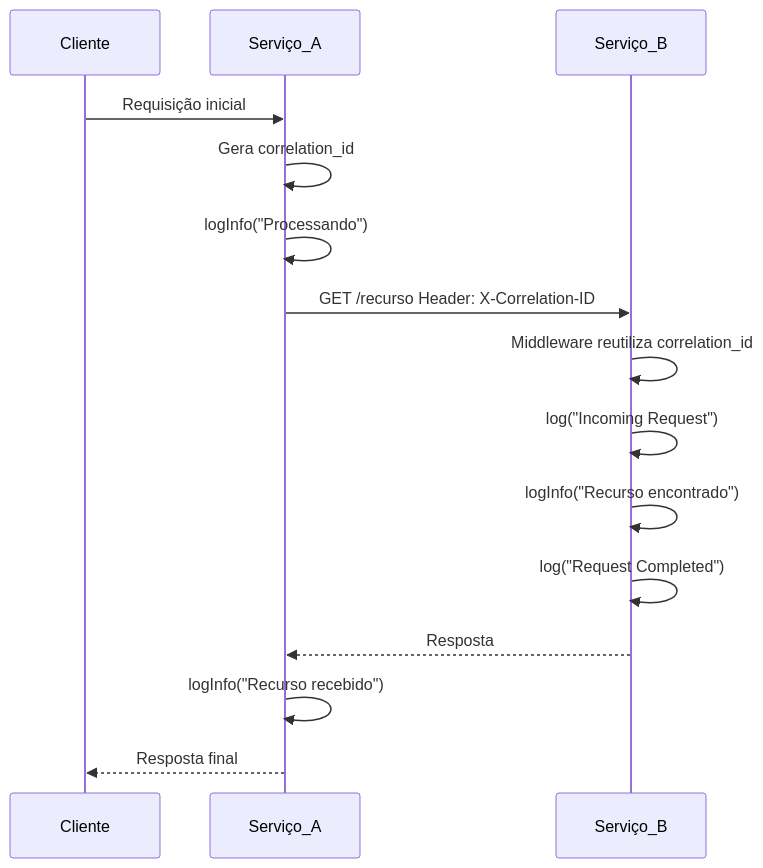
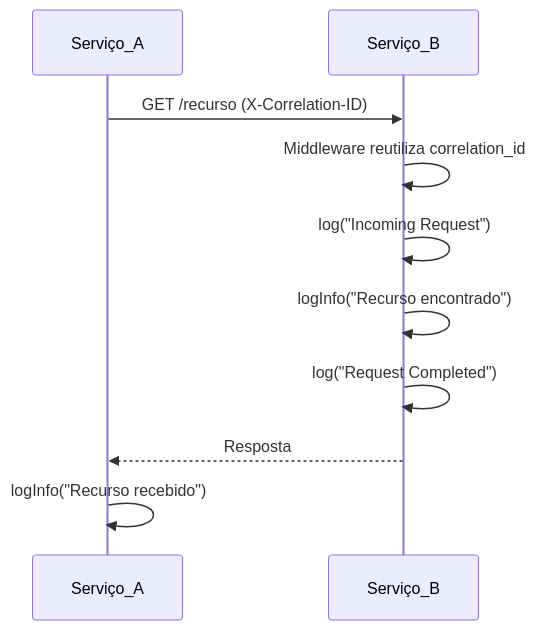
Before and after one commit to Fcsscoder/observability-lib: the second of 2 diagrams in docs/usage.md, drawn with Mermaid. The commit also changed other lines of this file and 1 other file, not shown here.

Commit message:
docs: update usage.md with correlation_id generation and propagation details

````diff
--- a/docs/usage.md
+++ b/docs/usage.md
@@ -313,21 +328,13 @@
 ```mermaid
 sequenceDiagram
-    participant Cliente
     participant Serviço_A
     participant Serviço_B
 
-    Cliente->>Serviço_A: Requisição inicial
-    Serviço_A->>Serviço_A: Gera correlation_id
-    Serviço_A->>Serviço_A: logInfo("Processando")
-
-    Serviço_A->>Serviço_B: GET /recurso Header: X-Correlation-ID
+    Serviço_A->>Serviço_B: GET /recurso (X-Correlation-ID)
     Serviço_B->>Serviço_B: Middleware reutiliza correlation_id
     Serviço_B->>Serviço_B: log("Incoming Request")
     Serviço_B->>Serviço_B: logInfo("Recurso encontrado")
     Serviço_B->>Serviço_B: log("Request Completed")
-
     Serviço_B-->>Serviço_A: Resposta
-
     Serviço_A->>Serviço_A: logInfo("Recurso recebido")
-    Serviço_A-->>Cliente: Resposta final
 ```
````
